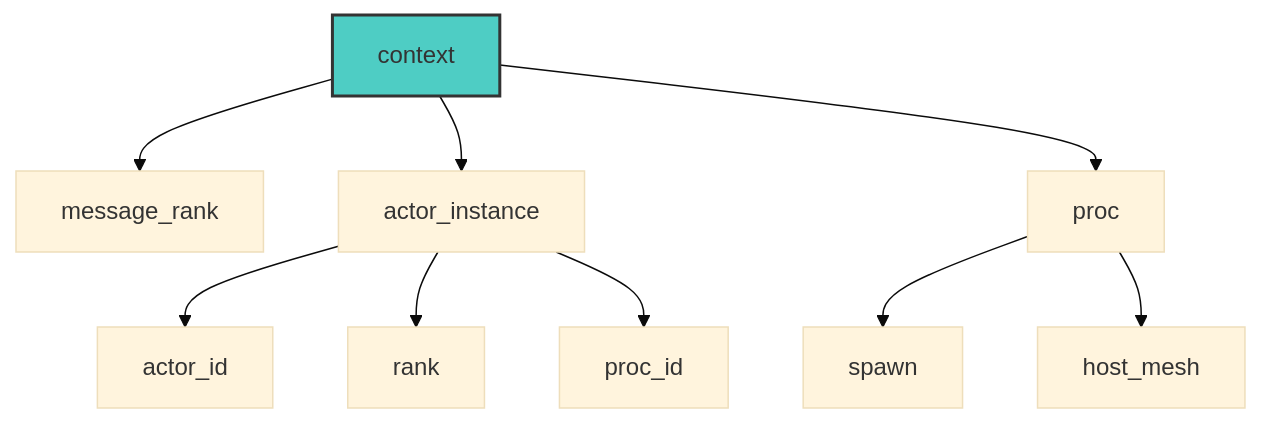
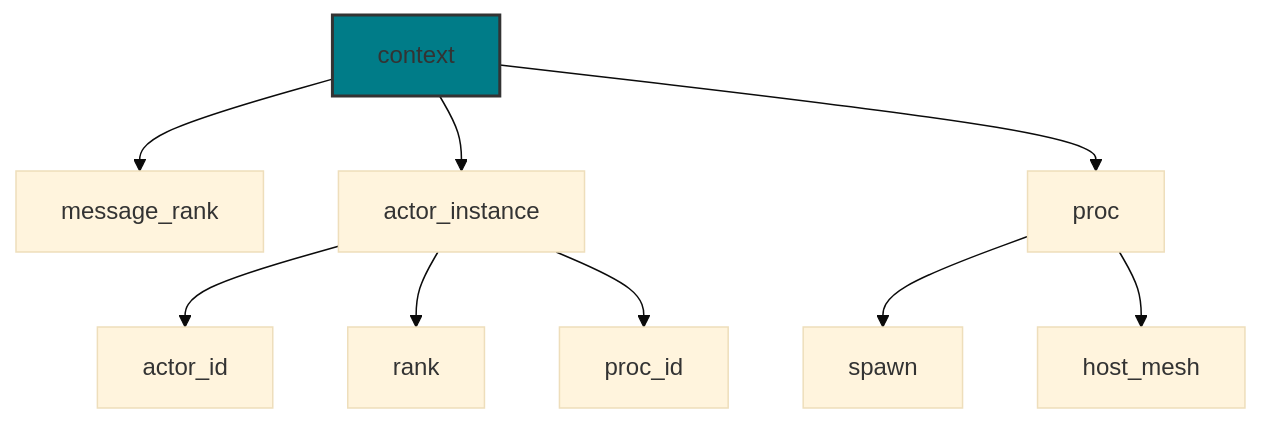
One commit to AlirezaShamsoshoara/monarch changed the eighth of 11 diagrams in docs/ACTORS.md. Above: the diagram before and after it, drawn with Mermaid (base theme). The commit also changed other lines of this file, not shown here.

Commit message:
update the actors.md for mermaid colors and errors

````diff
--- a/docs/ACTORS.md
+++ b/docs/ACTORS.md
@@ -507,15 +507,15 @@
 ```mermaid
 graph TD
     A[context] --> B[message_rank]
     A --> C[actor_instance]
     A --> D[proc]
 
     C --> C1[actor_id]
     C --> C2[rank]
     C --> C3[proc_id]
 
     D --> D1[spawn]
     D --> D2[host_mesh]
 
-    style A fill:#4ecdc4,stroke:#333,stroke-width:2px
+    style A fill:#007c88,stroke:#333,stroke-width:2px
 ```
````
